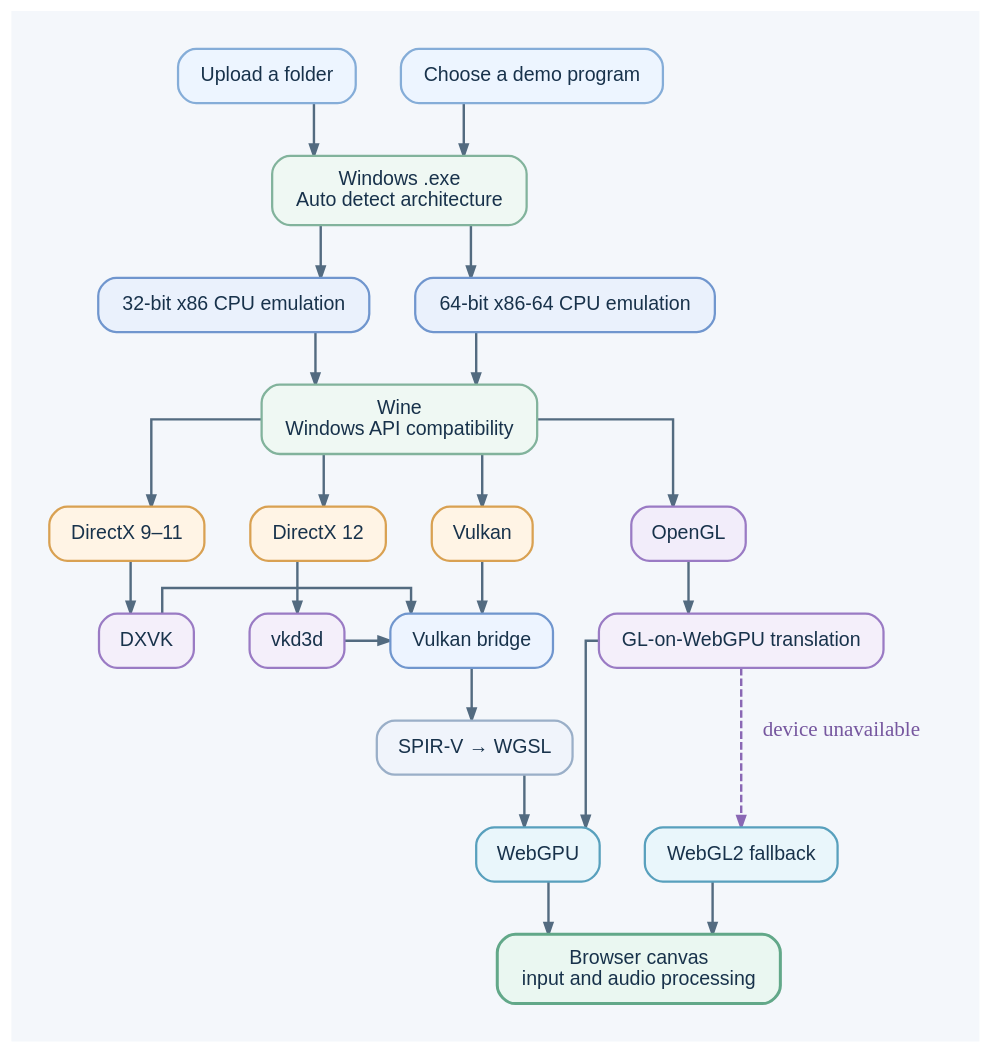
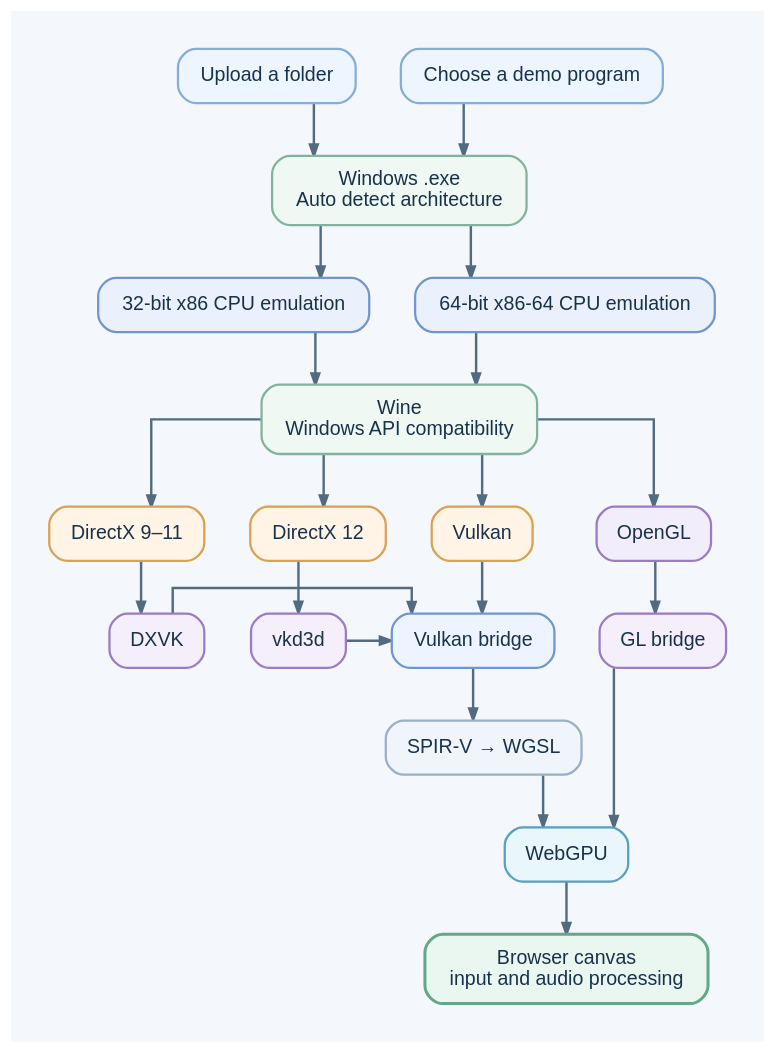
The diagram in docs/images/winbox-flowchart.dot (Kn0tzer/Winbox), drawn with Graphviz before and after one commit. The commit also changed 8 other files, not shown here.

First line of the commit message:
ui: simplify settings and performance panel, drop graphics backend and sharpness options

```diff
--- a/docs/images/winbox-flowchart.dot
+++ b/docs/images/winbox-flowchart.dot
@@ -1,79 +1,75 @@
 digraph Winbox {
   graph [
     fontname="Arial",
     bgcolor="#f4f7fb",
     pad=0.35,
     nodesep=0.42,
     ranksep=0.48,
     splines=ortho,
     outputorder=edgesfirst,
     newrank=true
   ];
 
   node [
     shape=box,
     style="rounded,filled",
     fontname="Arial",
     fontsize=13,
     fontcolor="#18324b",
     color="#b6c7d9",
     fillcolor="#ffffff",
     penwidth=1.5,
     margin="0.18,0.12"
   ];
 
   edge [
     color="#536b80",
     penwidth=1.6,
     arrowsize=0.75,
     arrowhead=normal
   ];
 
   folder [label="Upload a folder", fillcolor="#edf5ff", color="#85add8"];
   demo [label="Choose a demo program", fillcolor="#edf5ff", color="#85add8"];
   exe [label="Windows .exe\nAuto detect architecture", fillcolor="#eff8f3", color="#82b39c"];
 
   folder -> exe;
   demo -> exe;
   exe -> x86;
   exe -> x64;
 
   x86 [label="32-bit x86 CPU emulation", fillcolor="#eaf1fc", color="#7096ce"];
   x64 [label="64-bit x86-64 CPU emulation", fillcolor="#eaf1fc", color="#7096ce"];
   wine [label="Wine\nWindows API compatibility", fillcolor="#eff8f3", color="#82b39c"];
   d3d [label="DirectX 9–11", fillcolor="#fff4e5", color="#d9a152"];
   d3d12 [label="DirectX 12", fillcolor="#fff4e5", color="#d9a152"];
   vulkan [label="Vulkan", fillcolor="#fff4e5", color="#d9a152"];
   gl [label="OpenGL", fillcolor="#f2edfa", color="#9a7bc4"];
   dxvk [label="DXVK", fillcolor="#f4effa", color="#9a7bc4"];
   vkd3d [label="vkd3d", fillcolor="#f4effa", color="#9a7bc4"];
   bridge [label="Vulkan bridge", fillcolor="#edf4ff", color="#7096ce"];
   shader [label="SPIR-V → WGSL", fillcolor="#f0f4fb", color="#9aafc8"];
-  glbridge [label="GL-on-WebGPU translation", fillcolor="#f4effa", color="#9a7bc4"];
+  glbridge [label="GL bridge", fillcolor="#f4effa", color="#9a7bc4"];
   webgpu [label="WebGPU", fillcolor="#e9f6fb", color="#58a0bd"];
-  webgl [label="WebGL2 fallback", fillcolor="#e9f6fb", color="#58a0bd"];
   player [label="Browser canvas\ninput and audio processing", fillcolor="#eaf7f1", color="#62a889", penwidth=2];
 
   x86 -> wine;
   x64 -> wine;
   wine -> d3d;
   wine -> d3d12;
   wine -> vulkan;
   wine -> gl;
   d3d -> dxvk -> bridge;
   d3d12 -> vkd3d -> bridge;
   vulkan -> bridge;
   bridge -> shader -> webgpu;
   gl -> glbridge -> webgpu;
-  glbridge -> webgl [style=dashed, color="#8a68b4", fontcolor="#76579f", xlabel="device unavailable"];
   webgpu -> player;
-  webgl -> player;
 
   { rank=same; folder; demo; }
   { rank=same; x86; x64; }
   { rank=same; d3d; d3d12; vulkan; gl; }
   { rank=same; dxvk; vkd3d; glbridge; }
   { rank=same; bridge; glbridge; }
   { rank=same; shader; }
-  { rank=same; webgpu; webgl; }
 }
```
